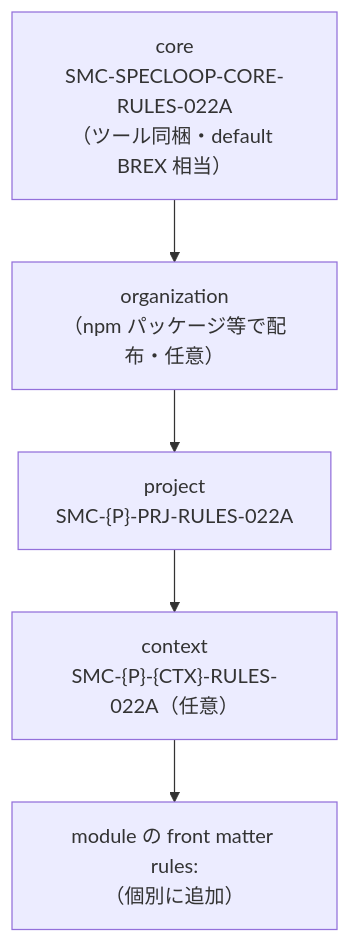
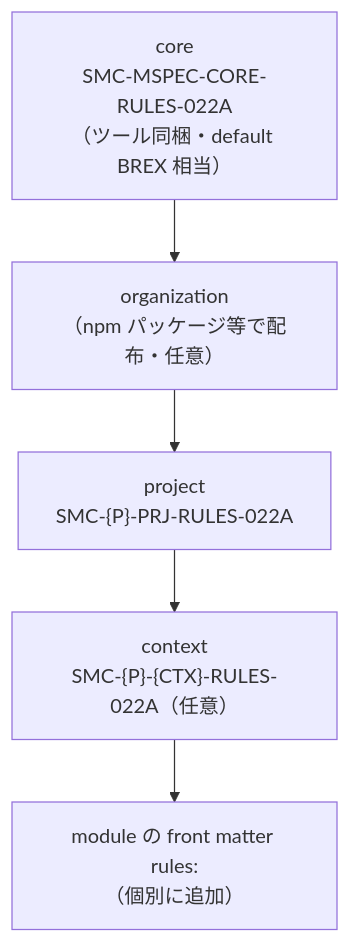
Before and after one commit to shuji-bonji/mutualspec: the first of 2 diagrams in docs/06-rules-and-validation.md, drawn with Mermaid. The commit also changed other lines of this file and 86 other files, not shown here.

````diff
--- a/docs/06-rules-and-validation.md
+++ b/docs/06-rules-and-validation.md
@@ -76,9 +76,9 @@
 ```mermaid
 flowchart TB
-  CORE["core<br/>SMC-SPECLOOP-CORE-RULES-022A<br/>（ツール同梱・default BREX 相当）"]
+  CORE["core<br/>SMC-MSPEC-CORE-RULES-022A<br/>（ツール同梱・default BREX 相当）"]
   ORG["organization<br/>（npm パッケージ等で配布・任意）"]
   PRJ["project<br/>SMC-{P}-PRJ-RULES-022A"]
   CTX["context<br/>SMC-{P}-{CTX}-RULES-022A（任意）"]
   MOD["module の front matter rules:<br/>（個別に追加）"]
   CORE --> ORG --> PRJ --> CTX --> MOD
 ```
````
